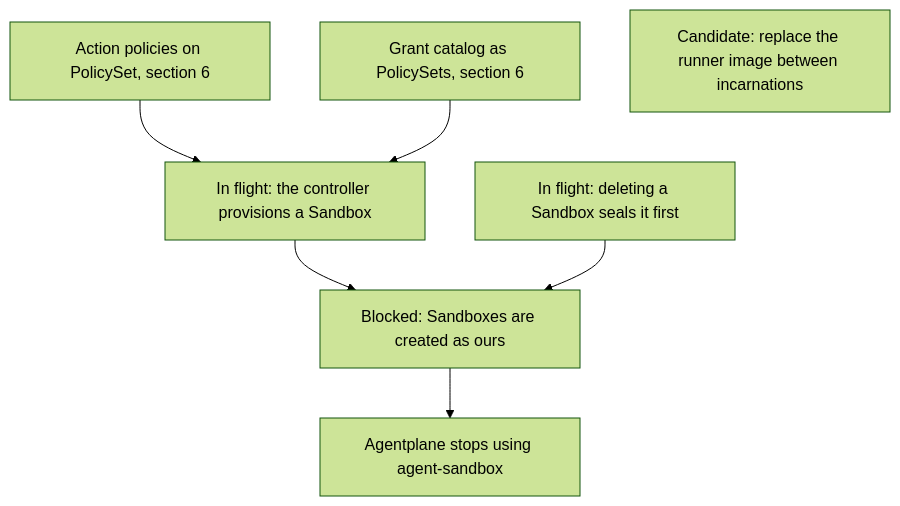
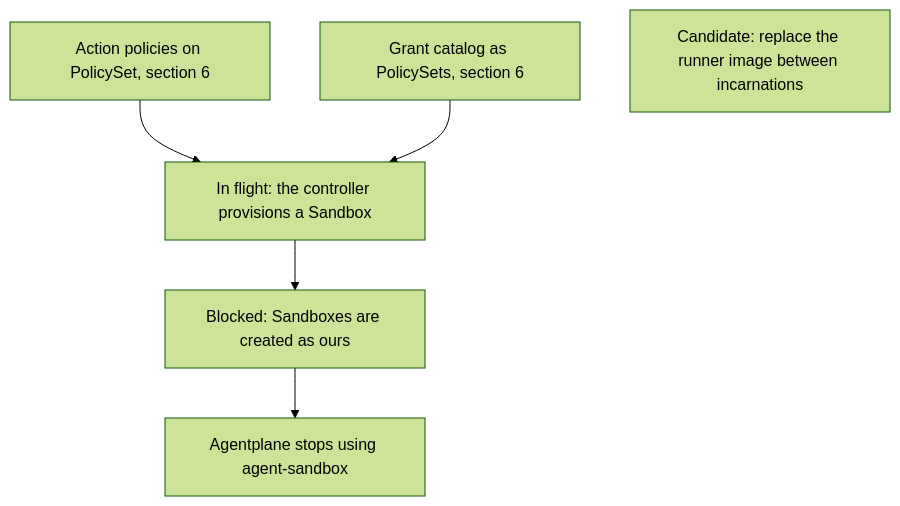
One commit to agentydragon-agent/ducktape changed diagram 11 of 15 in agentplane/plans/task_dag.md. Above: the diagram before and after it, drawn with Mermaid (forest theme). The commit also changed other lines of this file and 26 other files, not shown here.

First line of the commit message:
agentplane: the Runner Gateway seals deleting Sandboxes of our kind (#10170)

````diff
--- a/agentplane/plans/task_dag.md
+++ b/agentplane/plans/task_dag.md
@@ -669,12 +669,10 @@
 ```mermaid
 flowchart TD
     SANDBOX_CONTROLLER_PROVISIONING[In flight: the controller provisions a Sandbox]
     ACTION_POLICY_MIGRATE[Action policies on PolicySet, section 6] --> SANDBOX_CONTROLLER_PROVISIONING
     KUBERNETES_POLICY_SETS[Grant catalog as PolicySets, section 6] --> SANDBOX_CONTROLLER_PROVISIONING
-    SANDBOX_CONTROLLER_TEARDOWN[In flight: deleting a Sandbox seals it first]
     SANDBOX_IMAGE_REPLACE[Candidate: replace the runner image between incarnations]
     SANDBOX_CREATE_CUTOVER[Blocked: Sandboxes are created as ours]
     SANDBOX_CONTROLLER_PROVISIONING --> SANDBOX_CREATE_CUTOVER
-    SANDBOX_CONTROLLER_TEARDOWN --> SANDBOX_CREATE_CUTOVER
     SANDBOX_CREATE_CUTOVER --> AGENT_SANDBOX_RETIRE[Agentplane stops using agent-sandbox]
 ```
````
